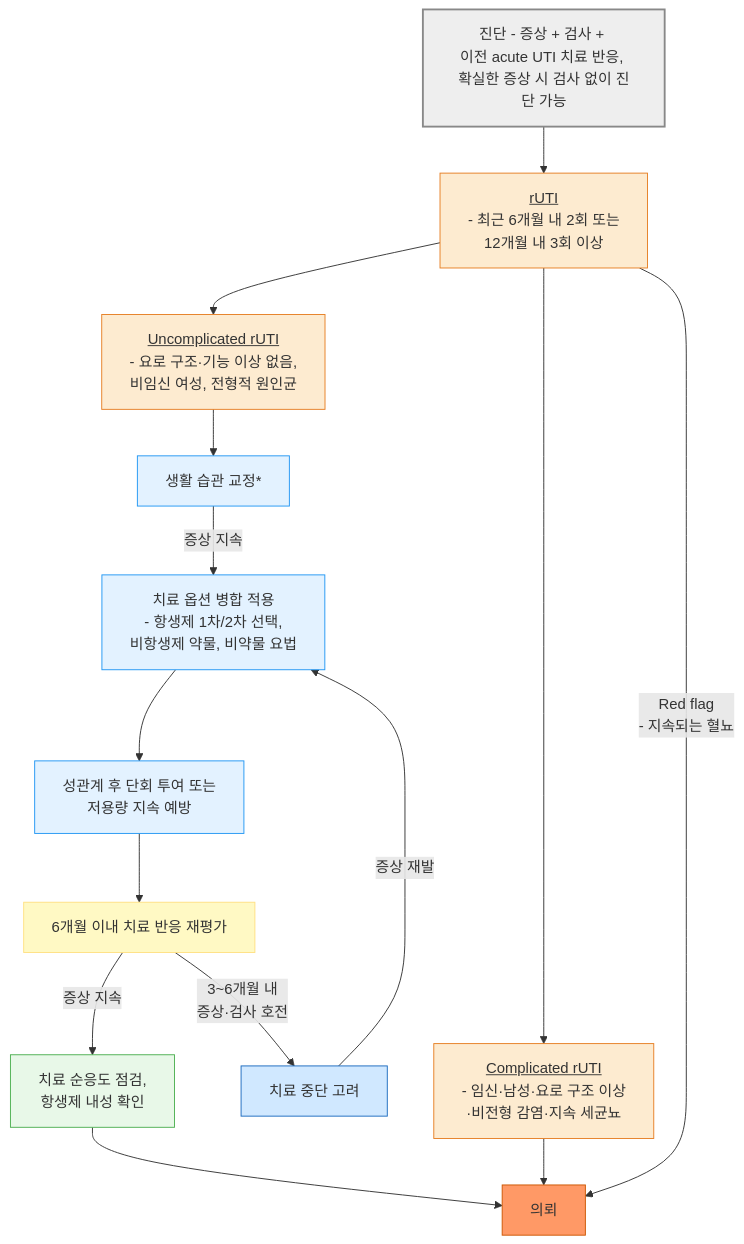
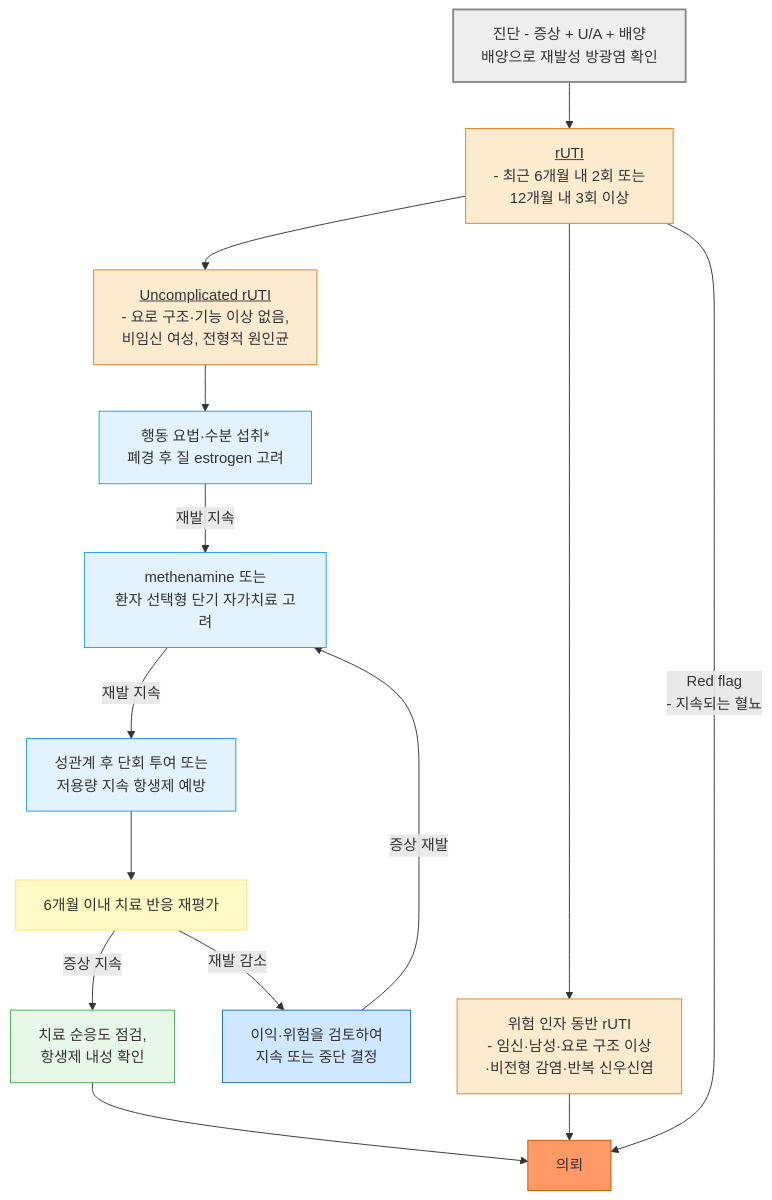
The fifth of 5 diagrams in 227_/113_-urinary-tract-infection.md (familyoh77/familyoh77), drawn with Mermaid before and after one commit. The commit also changed other lines of this file and 7 other files, not shown here.

````diff
--- a/227_/113_-urinary-tract-infection.md
+++ b/227_/113_-urinary-tract-infection.md
@@ -324,27 +325,27 @@
 ```mermaid
 graph TD
-    A["진단 - 증상 + 검사 + <br/>이전 acute UTI 치료 반응, <br/>확실한 증상 시 검사 없이 진단 가능"] 
+    A["진단 - 증상 + U/A + 배양<br/>배양으로 재발성 방광염 확인"] 
 --> B["<u>rUTI</u> <br/>- 최근 6개월 내 2회 또는 <br/>12개월 내 3회 이상"]
     B --> C["<u>Uncomplicated rUTI</u> <br/>- 요로 구조·기능 이상 없음, <br/>비임신 여성, 전형적 원인균"]
-    B --> D["<u>Complicated rUTI</u> <br/>- 임신·남성·요로 구조 이상<br/>·비전형 감염·지속 세균뇨"]
+    B --> D["위험 인자 동반 rUTI <br/>- 임신·남성·요로 구조 이상<br/>·비전형 감염·반복 신우신염"]
     
     D --> F["의뢰"]
     B --> |Red flag <br/>- 지속되는 혈뇨| F
-    C --> G["생활 습관 교정*"]
-    G -->|증상 지속| H["치료 옵션 병합 적용 <br/>- 항생제 1차/2차 선택, <br/>비항생제 약물, 비약물 요법"]
-    H --> I["성관계 후 단회 투여 또는 <br/>저용량 지속 예방"]
+    C --> G["행동 요법·수분 섭취*<br/>폐경 후 질 estrogen 고려"]
+    G -->|재발 지속| H["methenamine 또는<br/>환자 선택형 단기 자가치료 고려"]
+    H -->|재발 지속| I["성관계 후 단회 투여 또는 <br/>저용량 지속 항생제 예방"]
     I --> J["6개월 이내 치료 반응 재평가"]
     J -->|증상 지속| L["치료 순응도 점검, <br/>항생제 내성 확인"]
-    J -->|3~6개월 내 <br/>증상·검사 호전| K["치료 중단 고려"]
+    J -->|재발 감소| K["이익·위험을 검토하여<br/>지속 또는 중단 결정"]
     K -->|증상 재발| H
     L --> F
 style A fill:#eeeeee,stroke:#888888,stroke-width:2px
 classDef orange fill:#fdebd0,stroke:#e67e22
 class B,C,D orange
 classDef sky fill:#e3f2ff,stroke:#2196f3
 class G,H,I sky
 style K fill:#d0e8ff,stroke:#1a6abf
 style J fill:#fff9c4,stroke:#ffe082
 style L fill:#e8f8e8,stroke:#4caf50
 style F fill:#ff9966,stroke:#cc5500
 ```
````
